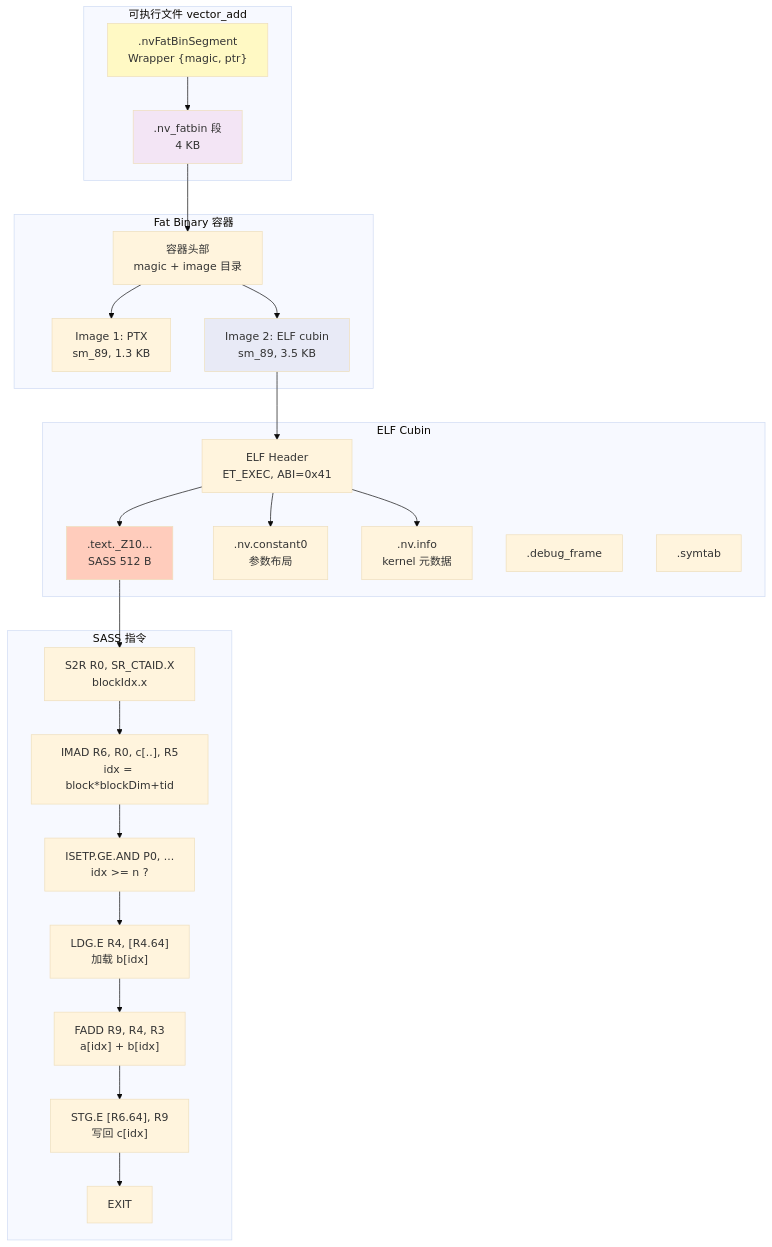
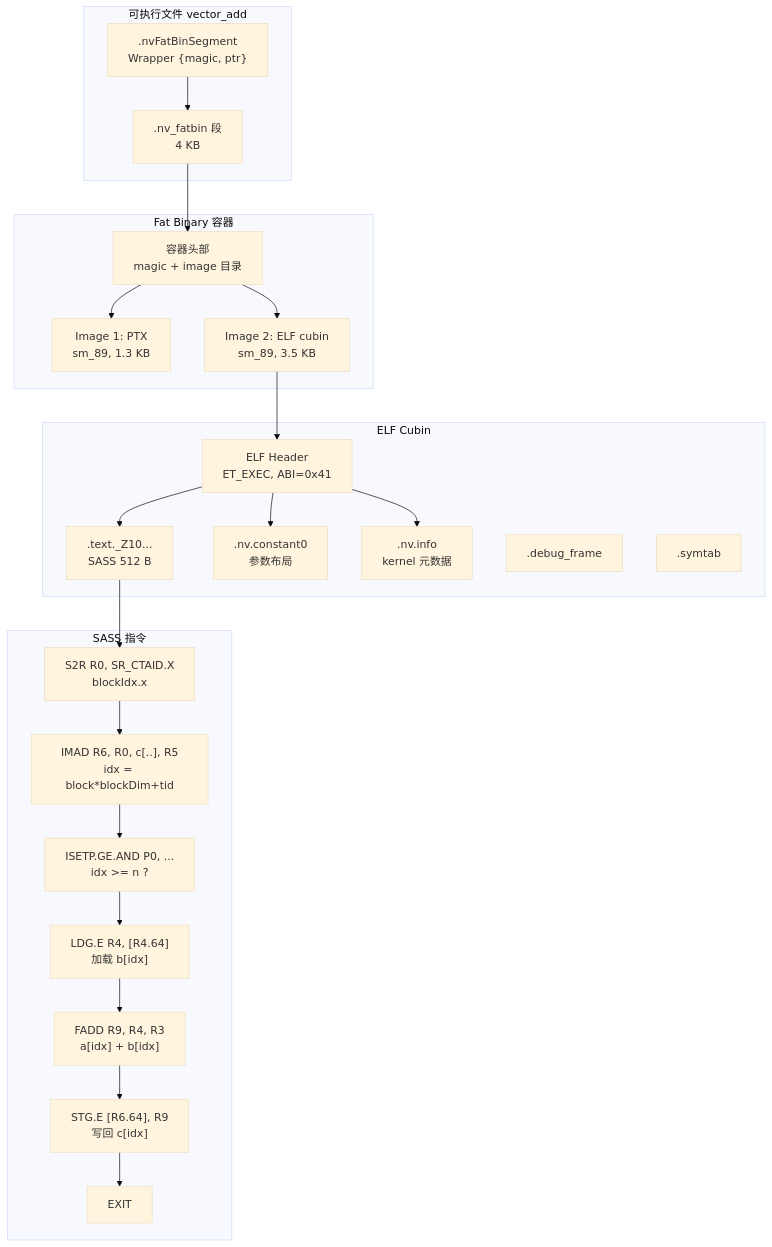
The diagram in source/_static/fatbinary_hierarchy.mmd (noisystreet/deep_dive_into_cuda), drawn with Mermaid (base theme) before and after one commit. The commit also changed 26 other files, not shown here.

First line of the commit message:
Mermaid 图统一黑白样式：去除节点彩色色块

```diff
--- a/source/_static/fatbinary_hierarchy.mmd
+++ b/source/_static/fatbinary_hierarchy.mmd
@@ -1,46 +1,41 @@
 flowchart TB
     subgraph EXE["可执行文件 vector_add"]
         SEG[".nvFatBinSegment<br/>Wrapper {magic, ptr}"]
         FAT[".nv_fatbin 段<br/>4 KB"]
     end
 
     subgraph CONTAINER["Fat Binary 容器"]
         HDR["容器头部<br/>magic + image 目录"]
         IMG1["Image 1: PTX<br/>sm_89, 1.3 KB"]
         IMG2["Image 2: ELF cubin<br/>sm_89, 3.5 KB"]
     end
 
     subgraph CUBIN["ELF Cubin"]
         ELF_HDR["ELF Header<br/>ET_EXEC, ABI=0x41"]
         TEXT_S[".text._Z10...<br/>SASS 512 B"]
         CONST[".nv.constant0<br/>参数布局"]
         INFO[".nv.info<br/>kernel 元数据"]
         DEBUG[".debug_frame"]
         SYMTAB[".symtab"]
     end
 
     subgraph SASS["SASS 指令"]
         I1["S2R R0, SR_CTAID.X<br/>blockIdx.x"]
         I2["IMAD R6, R0, c[..], R5<br/>idx = block*blockDim+tid"]
         I3["ISETP.GE.AND P0, ...<br/>idx >= n ?"]
         I4["LDG.E R4, [R4.64]<br/>加载 b[idx]"]
         I5["FADD R9, R4, R3<br/>a[idx] + b[idx]"]
         I6["STG.E [R6.64], R9<br/>写回 c[idx]"]
         I7["EXIT"]
     end
 
     SEG --> FAT
     FAT --> HDR
     HDR --> IMG1
     HDR --> IMG2
     IMG2 --> ELF_HDR
     ELF_HDR --> TEXT_S
     ELF_HDR --> CONST
     ELF_HDR --> INFO
     TEXT_S --> I1
     I1 --> I2 --> I3 --> I4 --> I5 --> I6 --> I7
-
-    style FAT fill:#f3e5f5
-    style IMG2 fill:#e8eaf6
-    style TEXT_S fill:#ffccbc
-    style SEG fill:#fff9c4
```
